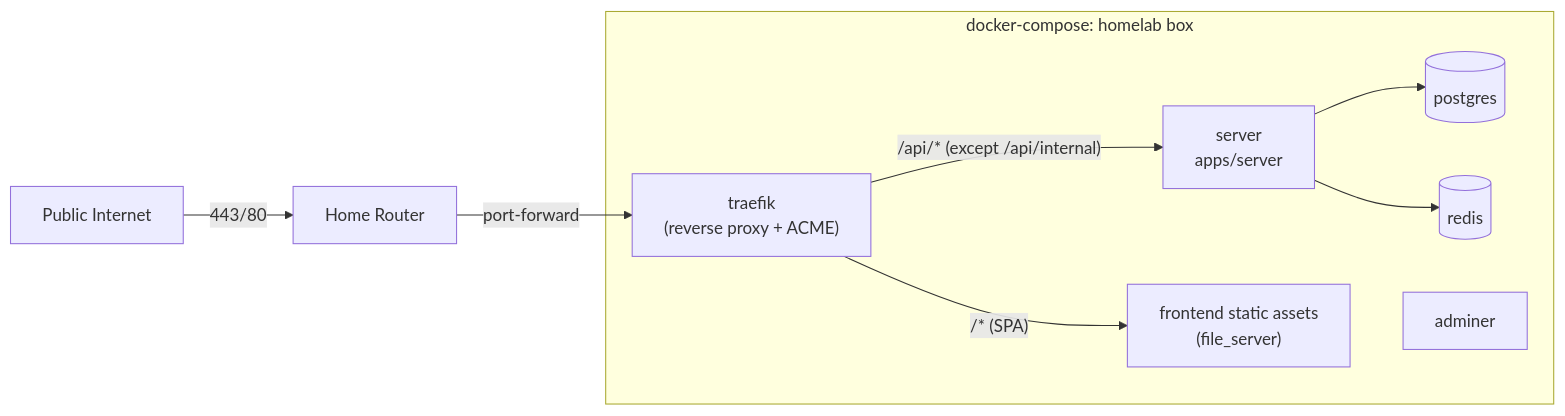
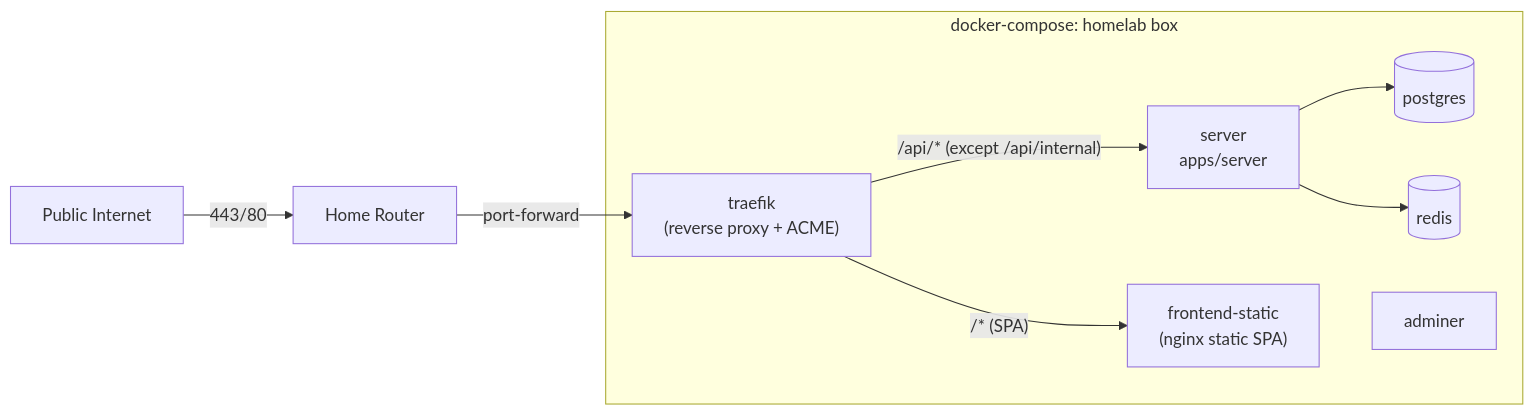
One commit to Huddo121/My-Agent-Loop changed the diagram in .cursor/plans/reverse-proxy-and-deploy_91125e1c.plan.md. Above: the diagram before and after it, drawn with Mermaid. The commit also changed other lines of this file, not shown here.

````diff
--- a/.cursor/plans/reverse-proxy-and-deploy_91125e1c.plan.md
+++ b/.cursor/plans/reverse-proxy-and-deploy_91125e1c.plan.md
@@ -43,17 +46,17 @@
 ```mermaid
 flowchart LR
   Internet[Public Internet] -->|"443/80"| Router[Home Router]
   Router -->|"port-forward"| Traefik
   subgraph compose [docker-compose: homelab box]
     Traefik["traefik<br/>(reverse proxy + ACME)"]
     Server["server<br/>apps/server"]
-    Frontend["frontend static assets<br/>(file_server)"]
+    Frontend["frontend-static<br/>(nginx static SPA)"]
     Postgres[(postgres)]
     Redis[(redis)]
     Adminer[adminer]
   end
   Traefik -->|"/api/* (except /api/internal)"| Server
   Traefik -->|"/* (SPA)"| Frontend
   Server --> Postgres
   Server --> Redis
 ```
````
